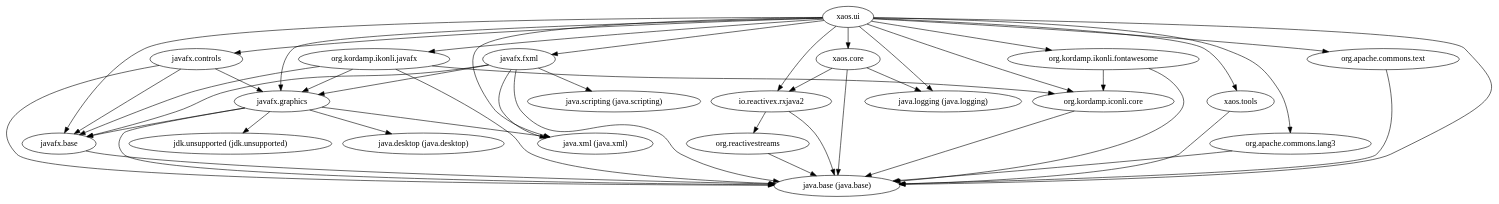
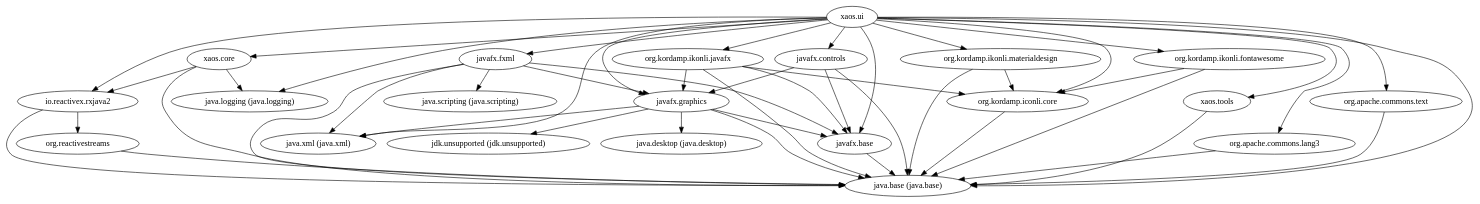
One commit to ESSICS/XAOS changed the diagram in xaos.ui.module/doc/module-dependencies.dot. Above: the diagram before and after it, drawn with Graphviz. The commit also changed 21 other files, not shown here.

```diff
--- a/xaos.ui.module/doc/module-dependencies.dot
+++ b/xaos.ui.module/doc/module-dependencies.dot
@@ -1,47 +1,50 @@
 digraph "summary" {
   "javafx.graphics"                                  -> "java.base (java.base)";
   "javafx.graphics"                                  -> "java.desktop (java.desktop)";
   "javafx.graphics"                                  -> "java.xml (java.xml)";
   "javafx.graphics"                                  -> "javafx.base";
   "javafx.graphics"                                  -> "jdk.unsupported (jdk.unsupported)";
   "javafx.controls"                                  -> "java.base (java.base)";
   "javafx.controls"                                  -> "javafx.base";
   "javafx.controls"                                  -> "javafx.graphics";
   "javafx.base"                                      -> "java.base (java.base)";
   "xaos.core"                                        -> "io.reactivex.rxjava2";
   "xaos.core"                                        -> "java.base (java.base)";
   "xaos.core"                                        -> "java.logging (java.logging)";
   "org.reactivestreams"                              -> "java.base (java.base)";
+  "org.kordamp.ikonli.materialdesign"                -> "java.base (java.base)";
+  "org.kordamp.ikonli.materialdesign"                -> "org.kordamp.iconli.core";
   "org.kordamp.ikonli.javafx"                        -> "java.base (java.base)";
   "org.kordamp.ikonli.javafx"                        -> "javafx.base";
   "org.kordamp.ikonli.javafx"                        -> "javafx.graphics";
   "org.kordamp.ikonli.javafx"                        -> "org.kordamp.iconli.core";
   "xaos.tools"                                       -> "java.base (java.base)";
   "io.reactivex.rxjava2"                             -> "java.base (java.base)";
   "io.reactivex.rxjava2"                             -> "org.reactivestreams";
   "org.apache.commons.lang3"                         -> "java.base (java.base)";
   "org.apache.commons.text"                          -> "java.base (java.base)";
   "javafx.fxml"                                      -> "java.base (java.base)";
   "javafx.fxml"                                      -> "java.scripting (java.scripting)";
   "javafx.fxml"                                      -> "java.xml (java.xml)";
   "javafx.fxml"                                      -> "javafx.base";
   "javafx.fxml"                                      -> "javafx.graphics";
   "xaos.ui"                                          -> "io.reactivex.rxjava2";
   "xaos.ui"                                          -> "java.base (java.base)";
   "xaos.ui"                                          -> "java.logging (java.logging)";
   "xaos.ui"                                          -> "java.xml (java.xml)";
   "xaos.ui"                                          -> "javafx.base";
   "xaos.ui"                                          -> "javafx.controls";
   "xaos.ui"                                          -> "javafx.fxml";
   "xaos.ui"                                          -> "javafx.graphics";
   "xaos.ui"                                          -> "org.apache.commons.lang3";
   "xaos.ui"                                          -> "org.apache.commons.text";
   "xaos.ui"                                          -> "org.kordamp.iconli.core";
   "xaos.ui"                                          -> "org.kordamp.ikonli.fontawesome";
   "xaos.ui"                                          -> "org.kordamp.ikonli.javafx";
+  "xaos.ui"                                          -> "org.kordamp.ikonli.materialdesign";
   "xaos.ui"                                          -> "xaos.core";
   "xaos.ui"                                          -> "xaos.tools";
   "org.kordamp.iconli.core"                          -> "java.base (java.base)";
   "org.kordamp.ikonli.fontawesome"                   -> "java.base (java.base)";
   "org.kordamp.ikonli.fontawesome"                   -> "org.kordamp.iconli.core";
 }
```
